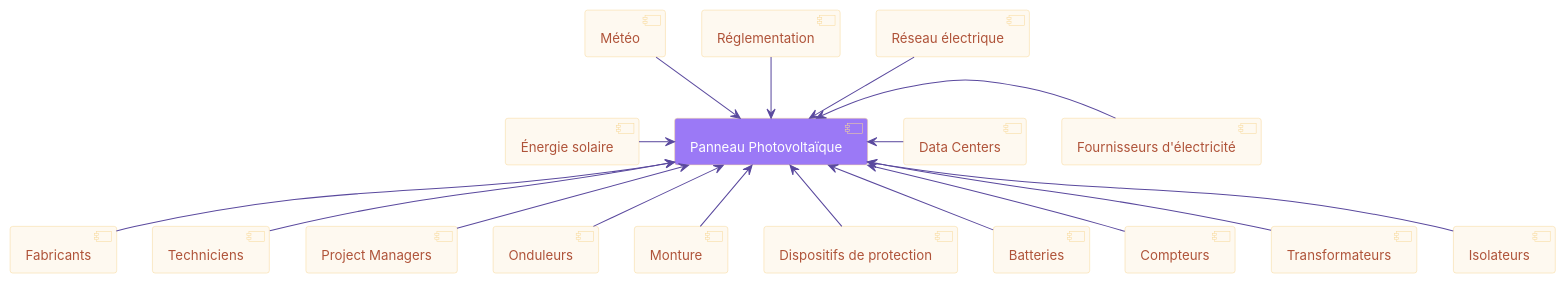
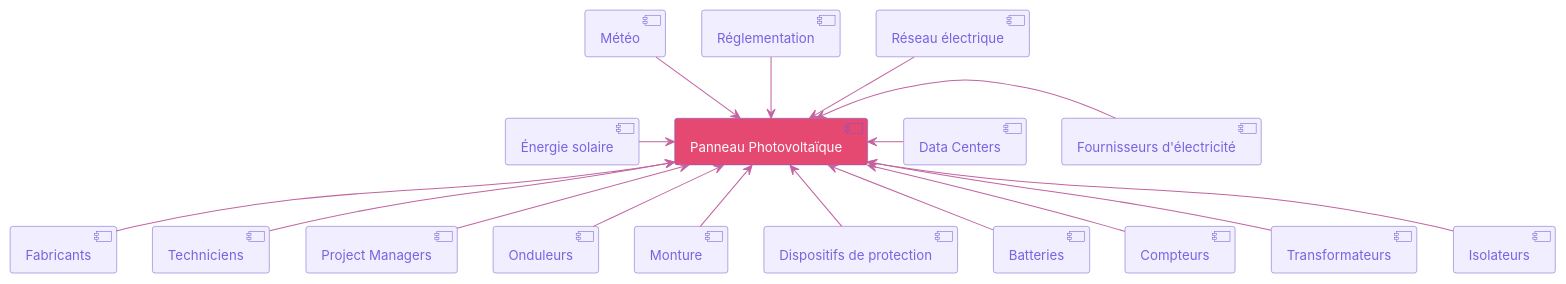
Before and after one commit to samidare-co/ingenierie-panneau-solaire: the diagram in diagramme_de_contexte.puml, drawn with PlantUML. The commit also changed other lines of this file and 8 other files, not shown here.

Commit message:
feat : diagramme de contexte

```diff
--- a/diagramme_de_contexte.puml
+++ b/diagramme_de_contexte.puml
@@ -2,39 +1,39 @@
 @startuml
 skinparam backgroundColor white
 
 skinparam component {
-   FontSize 13
-  BackgroundColor<<Apache>> #9B79F6
+  FontSize 13
+  BackgroundColor<<Apache>> #F0EEFF
   BorderColor<<Apache>> #FFC57A
   FontName Inter
-FontColor #AF5339
-  BorderColor #F8D898
+FontColor #7664E1
+  BorderColor #7359CC
 
-  BackgroundColor #FEF9F0
+  BackgroundColor #F0EEFF
   ArrowFontName Impact
 
-  ArrowColor #5A499E
+  ArrowColor #C363A0
   ArrowFontColor #777777
 }
-[A] as "<color:white>Panneau Photovoltaïque</color>" #9B79F6
+[A] as "<color:white>Panneau Photovoltaïque</color>" #E54871
 
 
 [Énergie solaire] -right-> [A]
 [Fournisseurs d'électricité] -left-> [A]
 [Data Centers] -left-> [A]
 
 [Météo] -down-> [A]
 [Réglementation] -down-> [A]
 [Réseau électrique] -down-> [A]
 [Fabricants] -up-> [A]
 [Techniciens] -up-> [A]
 [Project Managers] -up-> [A]
 [Onduleurs] -up-> [A]
 [Monture] -up-> [A]
 [Dispositifs de protection] -up-> [A]
 [Batteries] -up-> [A]
 [Compteurs] -up-> [A]
 [Transformateurs] -up-> [A]
 [Isolateurs] -up-> [A]
 
 @enduml
```
